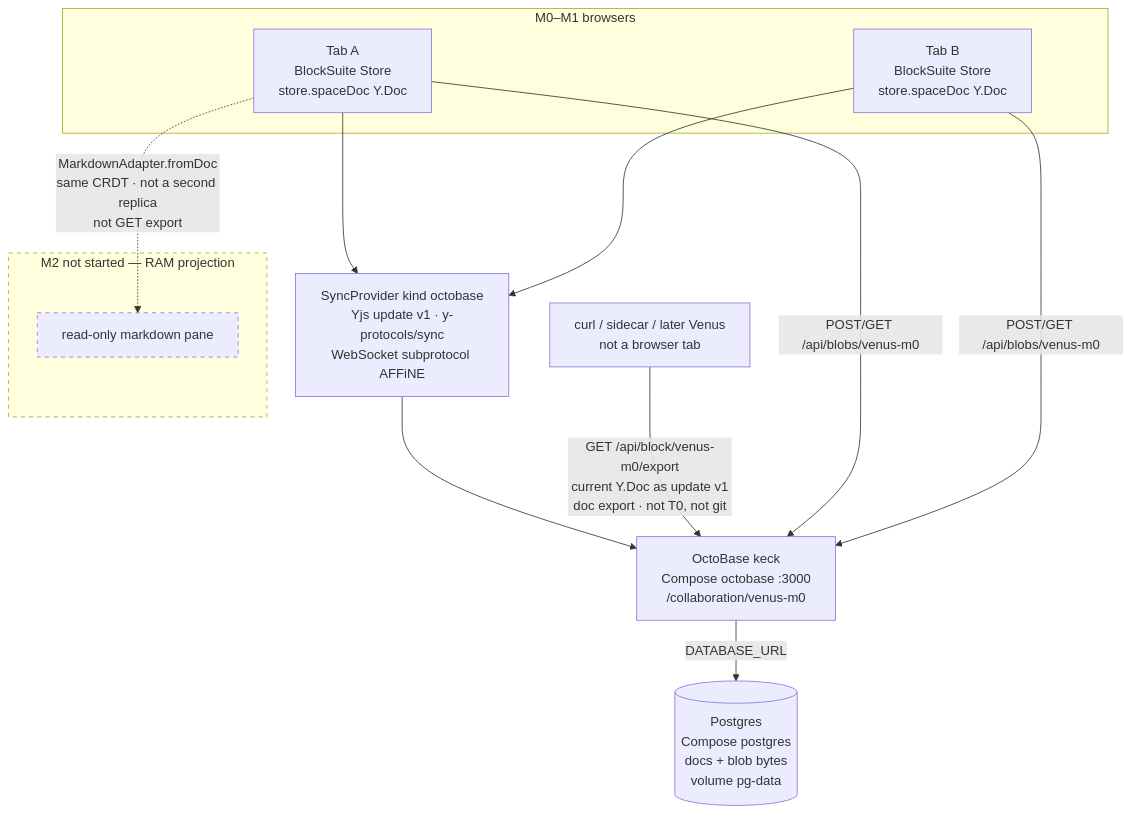
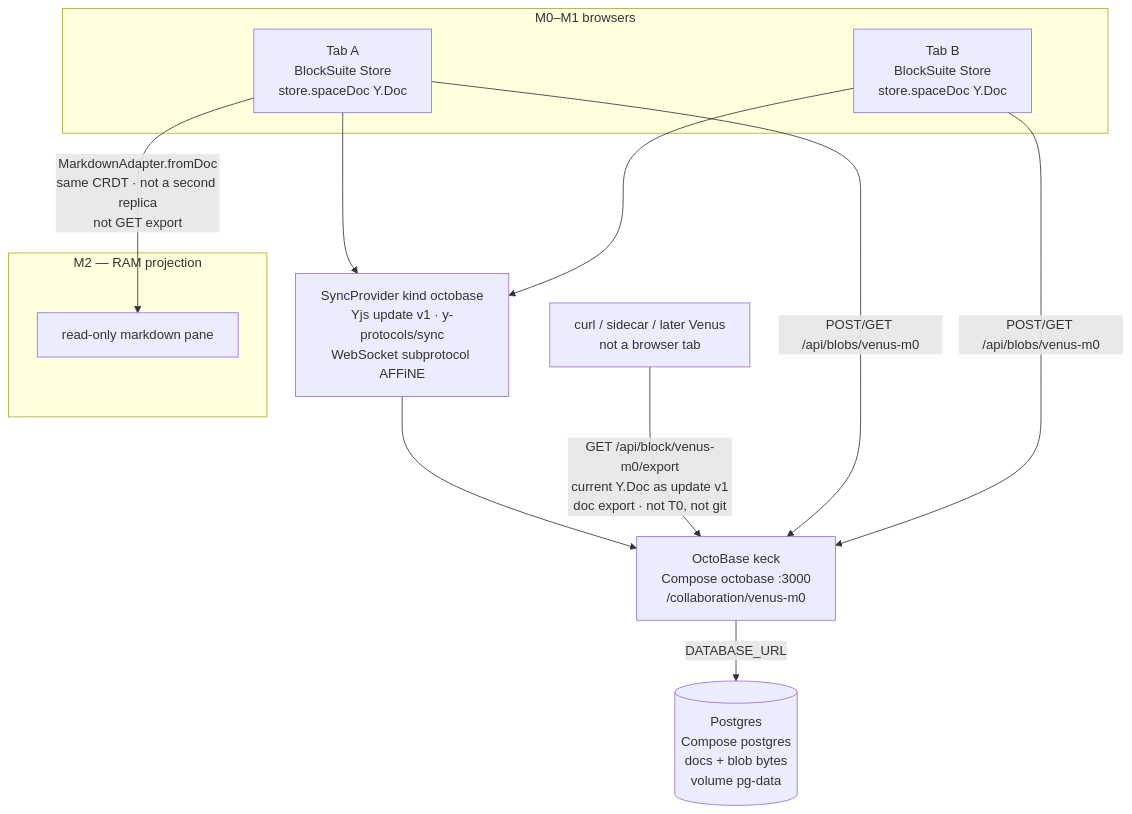
The diagram in docs/design/architecture.md (OpenDOps/Venus), drawn with Mermaid before and after one commit. The commit also changed other lines of this file and 61 other files, not shown here.

Commit message:
Close M2 with a live markdown pane and pin-then-fromDoc convert, overlay jwst-codec Value::Format so Y.Text marks no longer kill keck broadcast, and accept the snapshotter HA contract as the gate before M3.

````diff
--- a/docs/design/architecture.md
+++ b/docs/design/architecture.md
@@ -21,31 +21,28 @@
 ```mermaid
 flowchart TB
   subgraph browsers["M0–M1 browsers"]
     tabA["Tab A<br/>BlockSuite Store<br/>store.spaceDoc Y.Doc"]
     tabB["Tab B<br/>BlockSuite Store<br/>store.spaceDoc Y.Doc"]
   end
 
   ws["SyncProvider kind octobase<br/>Yjs update v1 · y-protocols/sync<br/>WebSocket subprotocol AFFiNE"]
   keck["OctoBase keck<br/>Compose octobase :3000<br/>/collaboration/venus-m0"]
   pg[("Postgres<br/>Compose postgres<br/>docs + blob bytes<br/>volume pg-data")]
 
   tabA --> ws
   tabB --> ws
   ws --> keck
   keck -->|"DATABASE_URL"| pg
 
   exportClient["curl / sidecar / later Venus<br/>not a browser tab"]
   exportClient -->|"GET /api/block/venus-m0/export<br/>current Y.Doc as update v1<br/>doc export · not T0, not git"| keck
 
   tabA -->|"POST/GET /api/blobs/venus-m0"| keck
   tabB -->|"POST/GET /api/blobs/venus-m0"| keck
 
-  subgraph m2["M2 not started — RAM projection"]
+  subgraph m2["M2 — RAM projection"]
     pane["read-only markdown pane"]
   end
 
-  tabA -.->|"MarkdownAdapter.fromDoc<br/>same CRDT · not a second replica<br/>not GET export"| pane
-
-  classDef future stroke-dasharray: 5 5
-  class m2,pane future
+  tabA -->|"MarkdownAdapter.fromDoc<br/>same CRDT · not a second replica<br/>not GET export"| pane
 ```
````
